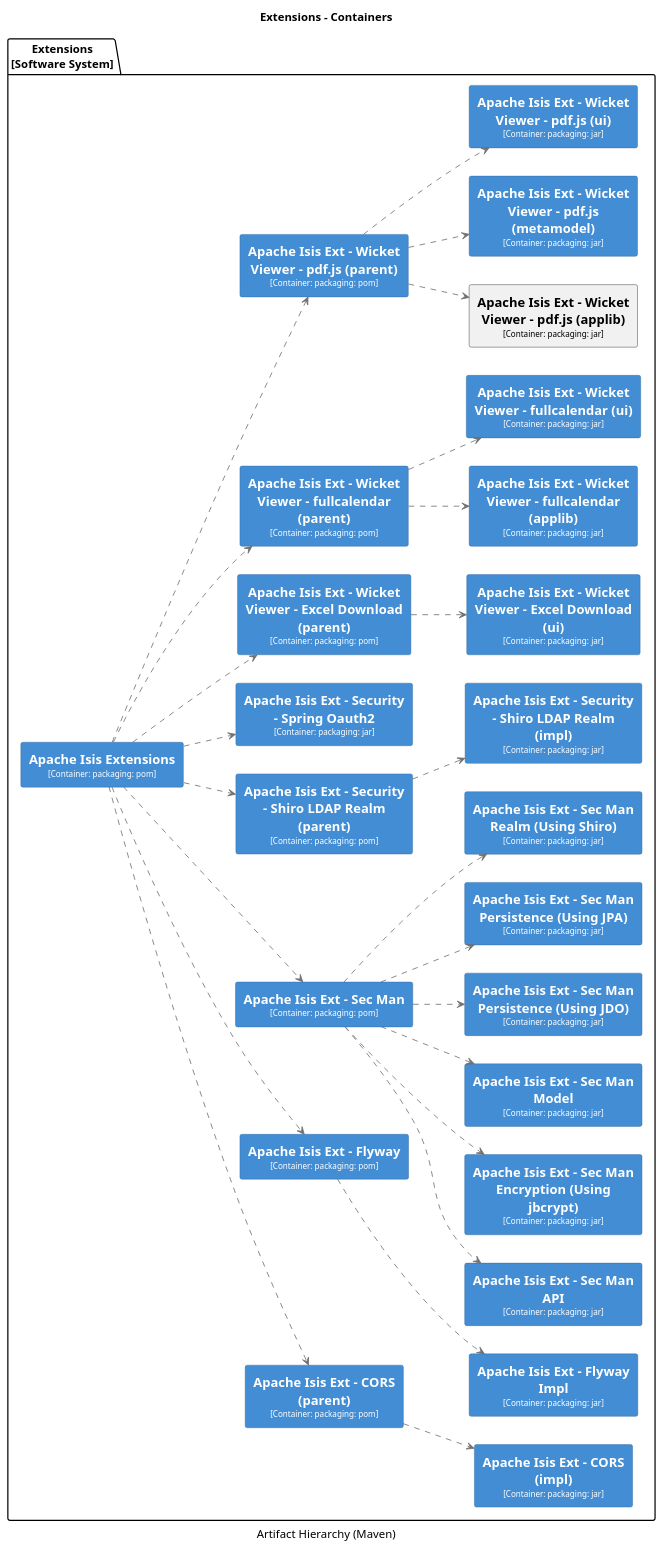
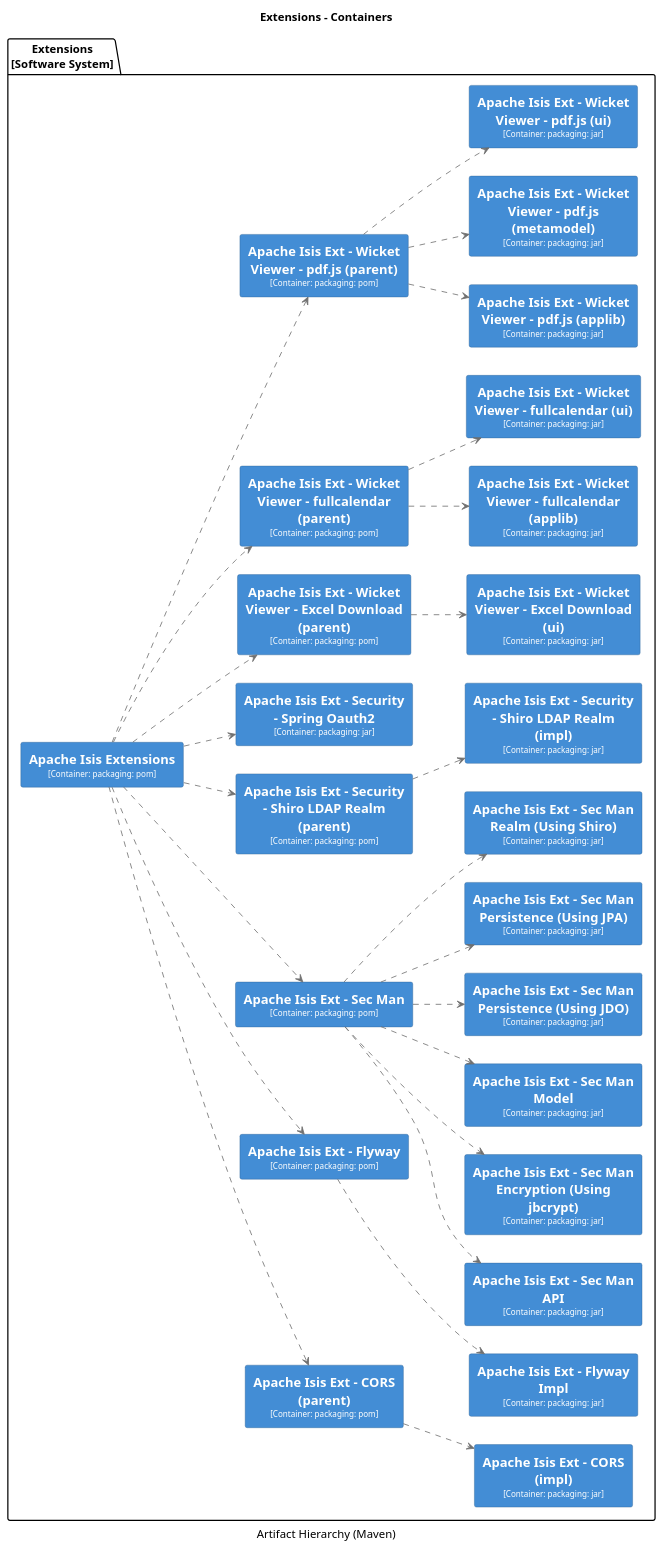
One commit to apache/causeway changed diagram 24 of 38 in core/adoc/modules/_overview/pages/about.adoc. Above: the diagram before and after it, drawn with PlantUML. The commit also changed other lines of this file and 135 other files, not shown here.

```diff
--- a/core/adoc/modules/_overview/pages/about.adoc
+++ b/core/adoc/modules/_overview/pages/about.adoc
@@ -3815,7 +3752,7 @@
   FontColor #fffffe
   BorderColor #2E6295
 }
-skinparam rectangle<<24>> {
+skinparam rectangle<<13>> {
   BackgroundColor #438dd5
   FontColor #fffffe
   BorderColor #2E6295
```
